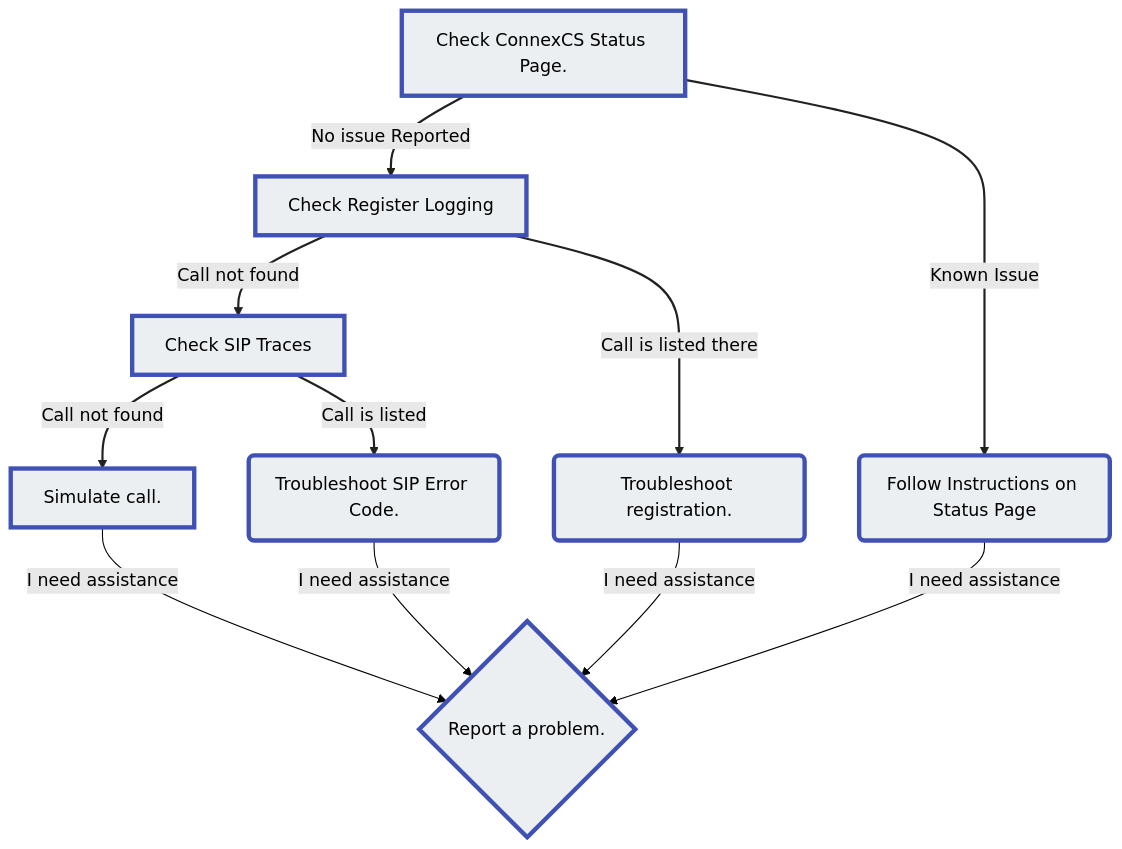
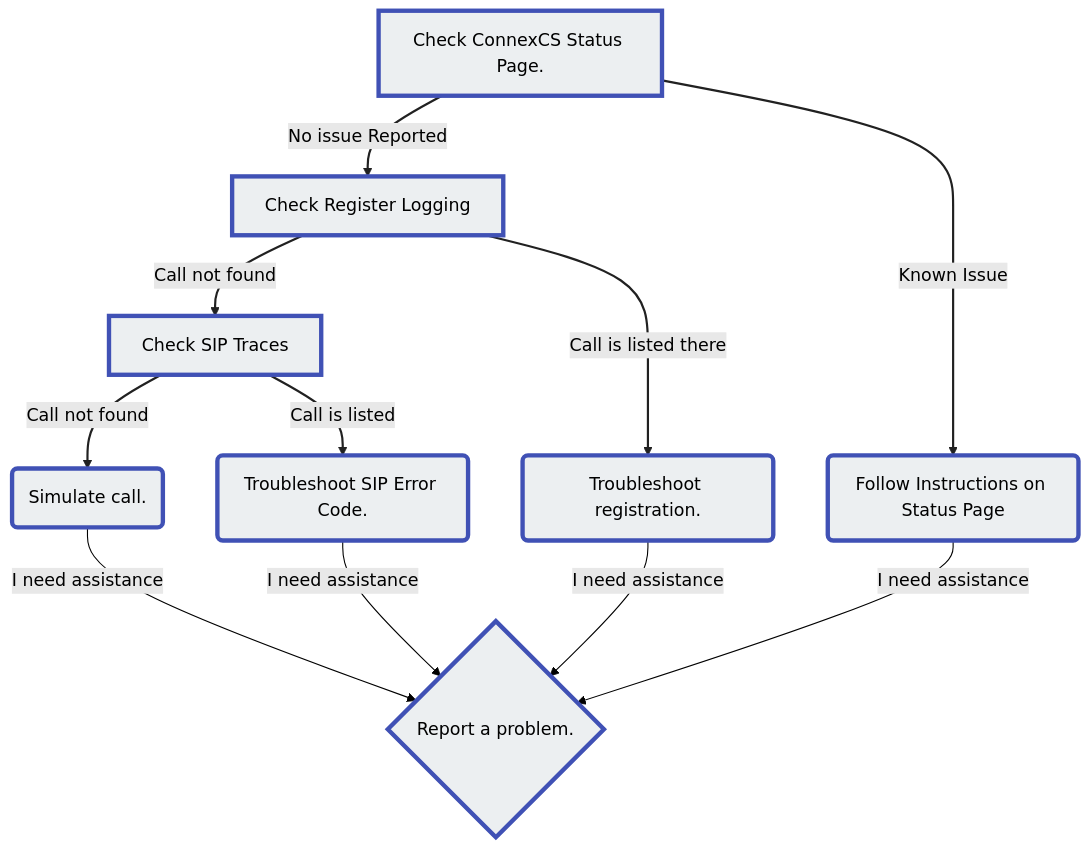
One commit to connexcs/docs changed the diagram in docs/guides/tshoot-signal.md. Above: the diagram before and after it, drawn with Mermaid (forest theme).

````diff
--- a/docs/guides/tshoot-signal.md
+++ b/docs/guides/tshoot-signal.md
@@ -32,32 +32,32 @@
 ```mermaid
 graph TD
     A[Check ConnexCS Status Page.]-->|No issue Reported| C[Check Register Logging]
     A[Check ConnexCS Status Page.]-->|Known Issue| B(Follow Instructions on Status Page)
     C -->|Call not found| E[Check SIP Traces]    
     C -->|Call is listed there| D(Troubleshoot registration.)
-    E -->|Call not found| G[Simulate call.]
+    E -->|Call not found| G(Simulate call.)
     E -->|Call is listed| F(Troubleshoot SIP Error Code.)
     G -->|I need assistance| H{Report a problem.}
     B -->|I need assistance| H{Report a problem.}
     D -->|I need assistance| H{Report a problem.}
     F -->|I need assistance| H{Report a problem.}
     click A "https://status.connexcs.com/"
     click C "https://docs.connexcs.com/logging/#register-logging"
     click E "https://docs.connexcs.com/logging/#sip-traces"
     click G "https://docs.connexcs.com/logging/#simulate"
     click H "https://docs.connexcs.com/reporting-problems/#report-a-problem"
     style A fill:#ECEFF1,stroke:#4051b5,stroke-width:4px
     style B fill:#ECEFF1,stroke:#4051b5,stroke-width:4px
     style C fill:#ECEFF1,stroke:#4051b5,stroke-width:4px
     style D fill:#ECEFF1,stroke:#4051b5,stroke-width:4px
     style E fill:#ECEFF1,stroke:#4051b5,stroke-width:4px
     style F fill:#ECEFF1,stroke:#4051b5,stroke-width:4px
     style G fill:#ECEFF1,stroke:#4051b5,stroke-width:4px
     style H fill:#ECEFF1,stroke:#4051b5,stroke-width:4px
     linkStyle 0 stroke:#212121,stroke-width:2px
     linkStyle 1 stroke:#212121,stroke-width:2px
     linkStyle 2 stroke:#212121,stroke-width:2px
     linkStyle 3 stroke:#212121,stroke-width:2px
     linkStyle 4 stroke:#212121,stroke-width:2px 
     linkStyle 5 stroke:#212121,stroke-width:2px
 ```
````
